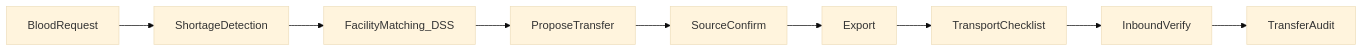
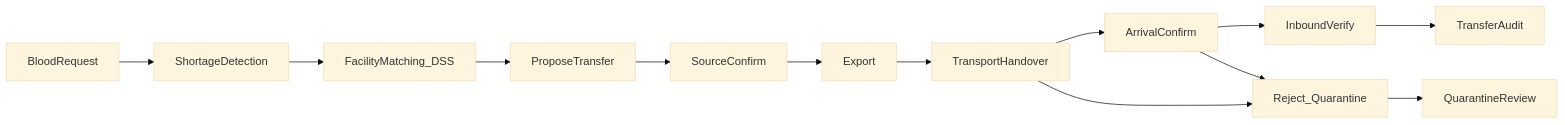
One commit to hoanganh-279/Management_Blood changed the diagram in docs/thiet-ke-he-thong.md. Above: the diagram before and after it, drawn with Mermaid (base theme). The commit also changed other lines of this file and 61 other files, not shown here.

````diff
--- a/docs/thiet-ke-he-thong.md
+++ b/docs/thiet-ke-he-thong.md
@@ -161,13 +203,19 @@
 ```mermaid
 flowchart LR
   demand[BloodRequest]
   short[ShortageDetection]
   match[FacilityMatching_DSS]
   propose[ProposeTransfer]
   confirm[SourceConfirm]
   export[Export]
-  transit[TransportChecklist]
+  transit[TransportHandover]
+  arrive[ArrivalConfirm]
   receive[InboundVerify]
+  reject[Reject_Quarantine]
+  review[QuarantineReview]
   audit[TransferAudit]
-  demand --> short --> match --> propose --> confirm --> export --> transit --> receive --> audit
+  demand --> short --> match --> propose --> confirm --> export --> transit --> arrive --> receive --> audit
+  transit --> reject
+  arrive --> reject
+  reject --> review
 ```
````
